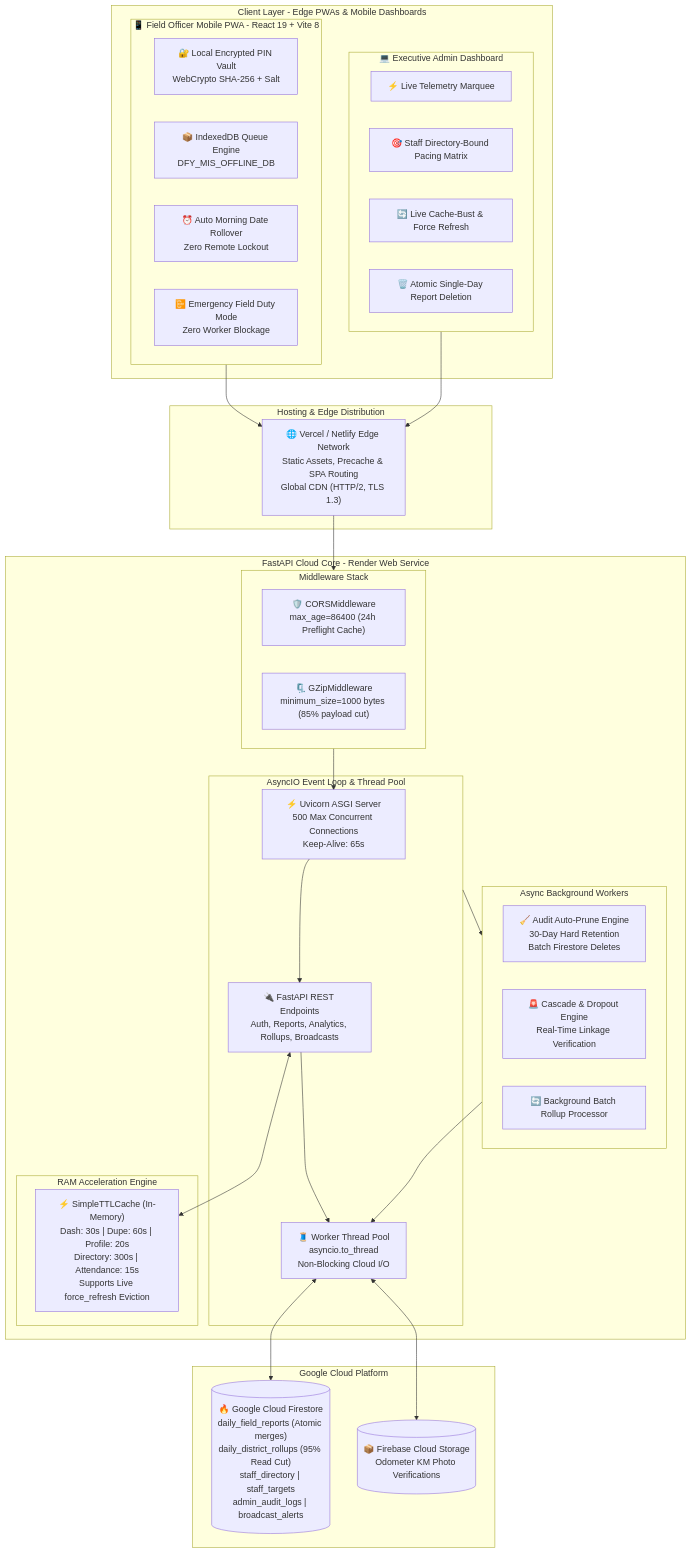
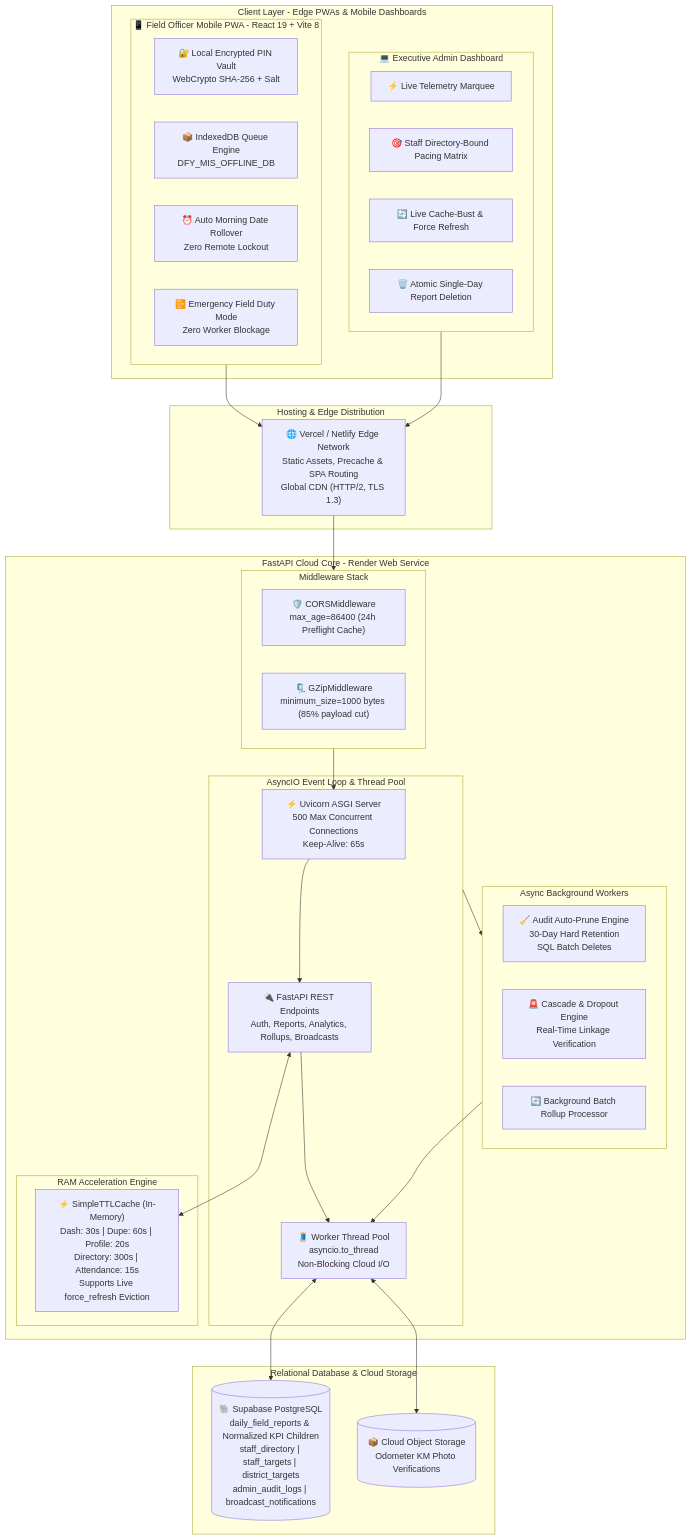
Before and after one commit to evilsaurav/dfy-mis-app: the first of 5 diagrams in ARCHITECTURE.md, drawn with Mermaid. The commit also changed other lines of this file and 4 other files, not shown here.

Commit message:
docs: update architecture and data processing documentation for Supabase PostgreSQL

````diff
--- a/ARCHITECTURE.md
+++ b/ARCHITECTURE.md
@@ -26,62 +26,62 @@
 ```mermaid
 flowchart TD
     subgraph Client_Layer [Client Layer - Edge PWAs & Mobile Dashboards]
         subgraph FO_App [📱 Field Officer Mobile PWA - React 19 + Vite 8]
             PIN_Vault["🔐 Local Encrypted PIN Vault<br/>WebCrypto SHA-256 + Salt"]
             Offline_Queue["📦 IndexedDB Queue Engine<br/>DFY_MIS_OFFLINE_DB"]
             Rollover["⏰ Auto Morning Date Rollover<br/>Zero Remote Lockout"]
             Duty_Mode["📴 Emergency Field Duty Mode<br/>Zero Worker Blockage"]
         end
         subgraph Admin_Portal [💻 Executive Admin Dashboard]
             Live_Marquee["⚡ Live Telemetry Marquee"]
             Pacing_Engine["🎯 Staff Directory-Bound Pacing Matrix"]
             Force_Refresh["🔄 Live Cache-Bust & Force Refresh"]
             Delete_Day["🗑️ Atomic Single-Day Report Deletion"]
         end
     end
 
     subgraph CDN_Gateway [Hosting & Edge Distribution]
         Edge_Network["🌐 Vercel / Netlify Edge Network<br/>Static Assets, Precache & SPA Routing<br/>Global CDN (HTTP/2, TLS 1.3)"]
     end
 
     subgraph Backend_Layer [FastAPI Cloud Core - Render Web Service]
         subgraph Middleware_Pipeline [Middleware Stack]
             CORS["🛡️ CORSMiddleware<br/>max_age=86400 (24h Preflight Cache)"]
             GZIP["🗜️ GZipMiddleware<br/>minimum_size=1000 bytes (85% payload cut)"]
         end
 
         subgraph Core_Runtime [AsyncIO Event Loop & Thread Pool]
             Uvicorn["⚡ Uvicorn ASGI Server<br/>500 Max Concurrent Connections<br/>Keep-Alive: 65s"]
             Endpoints["🔌 FastAPI REST Endpoints<br/>Auth, Reports, Analytics, Rollups, Broadcasts"]
             Thread_Pool["🧵 Worker Thread Pool<br/>asyncio.to_thread<br/>Non-Blocking Cloud I/O"]
         end
 
         subgraph Memory_Layer [RAM Acceleration Engine]
             Cache["⚡ SimpleTTLCache (In-Memory)<br/>Dash: 30s | Dupe: 60s | Profile: 20s<br/>Directory: 300s | Attendance: 15s<br/>Supports Live force_refresh Eviction"]
         end
 
         subgraph Background_Workers [Async Background Workers]
-            Prune_Worker["🧹 Audit Auto-Prune Engine<br/>30-Day Hard Retention<br/>Batch Firestore Deletes"]
+            Prune_Worker["🧹 Audit Auto-Prune Engine<br/>30-Day Hard Retention<br/>SQL Batch Deletes"]
             Alert_Engine["🚨 Cascade & Dropout Engine<br/>Real-Time Linkage Verification"]
             Sync_Engine["🔄 Background Batch Rollup Processor"]
         end
     end
 
-    subgraph Cloud_Storage_Layer [Google Cloud Platform]
-        Firestore[("🔥 Google Cloud Firestore<br/>daily_field_reports (Atomic merges)<br/>daily_district_rollups (95% Read Cut)<br/>staff_directory | staff_targets<br/>admin_audit_logs | broadcast_alerts")]
-        Storage[("📦 Firebase Cloud Storage<br/>Odometer KM Photo Verifications")]
+    subgraph Cloud_Storage_Layer [Relational Database & Cloud Storage]
+        Postgres[("🐘 Supabase PostgreSQL<br/>daily_field_reports & Normalized KPI Children<br/>staff_directory | staff_targets | district_targets<br/>admin_audit_logs | broadcast_notifications")]
+        Storage[("📦 Cloud Object Storage<br/>Odometer KM Photo Verifications")]
     end
 
     %% Connections
     FO_App --> Edge_Network
     Admin_Portal --> Edge_Network
     Edge_Network --> Middleware_Pipeline
     Middleware_Pipeline --> Uvicorn
     Uvicorn --> Endpoints
     Endpoints <--> Cache
     Endpoints --> Thread_Pool
-    Thread_Pool <--> Firestore
+    Thread_Pool <--> Postgres
     Thread_Pool <--> Storage
     Core_Runtime --> Background_Workers
     Background_Workers --> Thread_Pool
 ```
````
